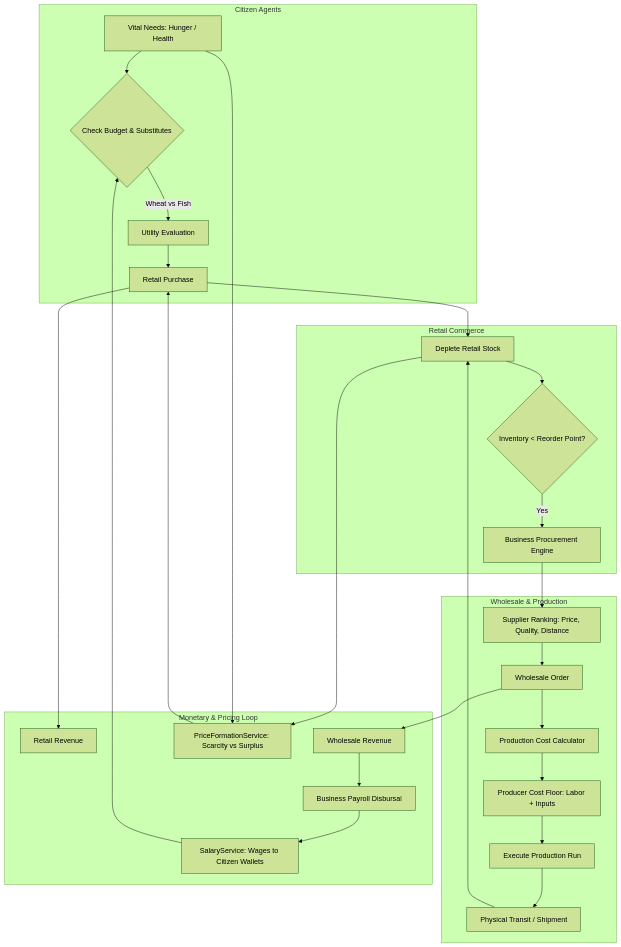
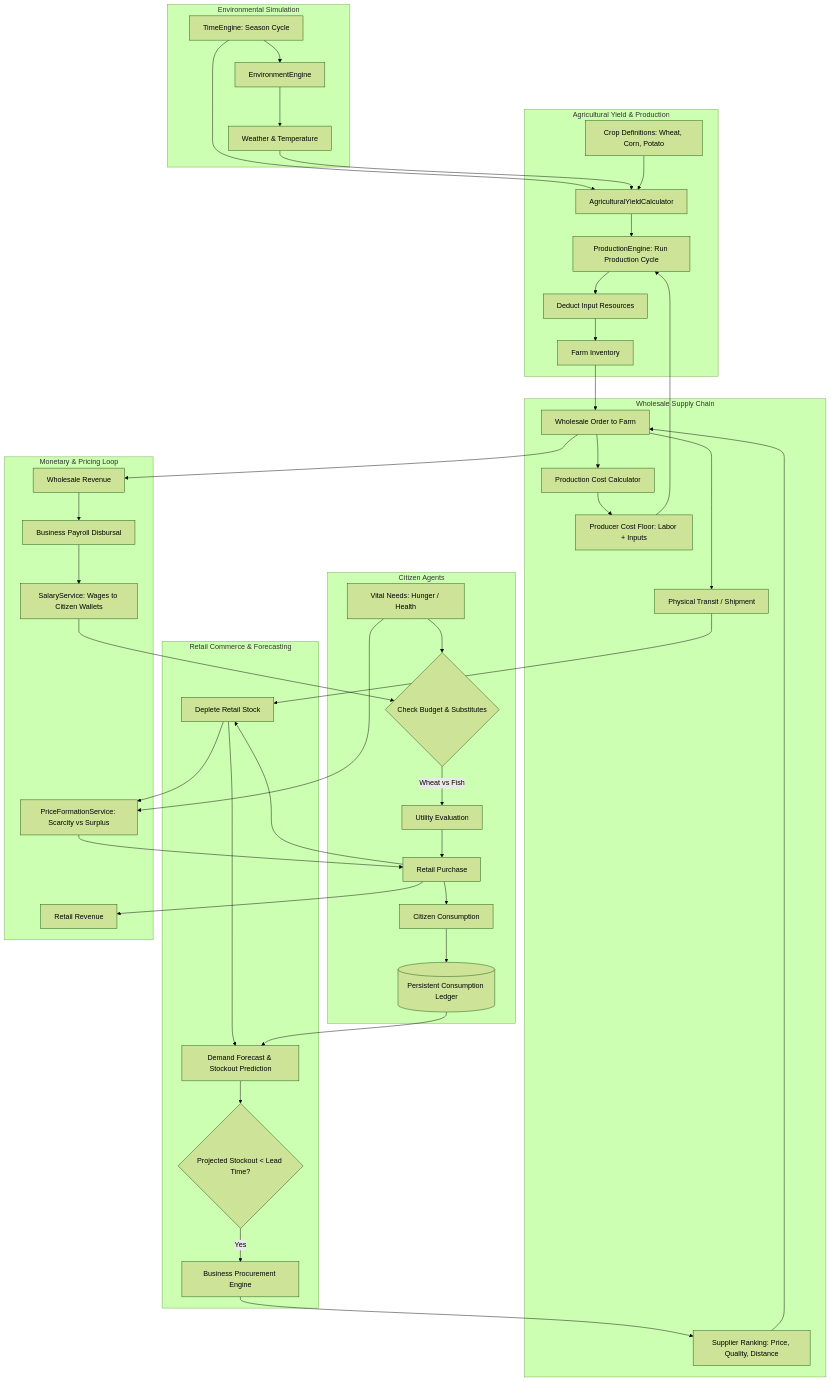
One commit to aayush-mistry/Genesis- changed diagram 22 of 22 in README.md. Above: the diagram before and after it, drawn with Mermaid (forest theme). The commit also changed other lines of this file, not shown here.

````diff
--- a/README.md
+++ b/README.md
@@ -886,34 +915,51 @@
 ```mermaid
 flowchart TD
+    subgraph Environment [Environmental Simulation]
+        Time[TimeEngine: Season Cycle] --> EnvEngine[EnvironmentEngine]
+        EnvEngine --> Weather[Weather & Temperature]
+    end
+
+    subgraph Agriculture [Agricultural Yield & Production]
+        Time & Weather --> YieldCalc[AgriculturalYieldCalculator]
+        CropMeta[Crop Definitions: Wheat, Corn, Potato] --> YieldCalc
+        YieldCalc --> ProdRun[ProductionEngine: Run Production Cycle]
+        ProdRun --> ResDeduct[Deduct Input Resources]
+        ResDeduct --> FarmStock[Farm Inventory]
+    end
+
     subgraph Citizens [Citizen Agents]
         Needs[Vital Needs: Hunger / Health] --> SubCheck{Check Budget & Substitutes}
         SubCheck -->|Wheat vs Fish| Decision[Utility Evaluation]
         Decision --> Purchase[Retail Purchase]
+        Purchase --> Consume[Citizen Consumption]
+        Consume --> Ledger[(Persistent Consumption Ledger)]
     end
 
-    subgraph Retail [Retail Commerce]
+    subgraph Retail [Retail Commerce & Forecasting]
         Purchase --> StockDec[Deplete Retail Stock]
-        StockDec --> Reorder{Inventory < Reorder Point?}
+        StockDec & Ledger --> Forecast[Demand Forecast & Stockout Prediction]
+        Forecast --> Reorder{Projected Stockout < Lead Time?}
         Reorder -->|Yes| Procurement[Business Procurement Engine]
     end
 
-    subgraph Wholesale [Wholesale & Production]
+    subgraph Wholesale [Wholesale Supply Chain]
         Procurement --> Ranking[Supplier Ranking: Price, Quality, Distance]
-        Ranking --> PO[Wholesale Order]
+        Ranking --> PO[Wholesale Order to Farm]
+        FarmStock --> PO
         PO --> ProdCalc[Production Cost Calculator]
         ProdCalc --> Reservation[Producer Cost Floor: Labor + Inputs]
-        Reservation --> ProdRun[Execute Production Run]
-        ProdRun --> Ship[Physical Transit / Shipment]
+        Reservation --> ProdRun
+        PO --> Ship[Physical Transit / Shipment]
         Ship --> StockDec
     end
 
     subgraph Ledgers [Monetary & Pricing Loop]
         Purchase --> RetRev[Retail Revenue]
         PO --> WholesRev[Wholesale Revenue]
         WholesRev --> Payroll[Business Payroll Disbursal]
         Payroll --> Salary[SalaryService: Wages to Citizen Wallets]
         Salary --> SubCheck
         StockDec & Needs --> PriceFormation[PriceFormationService: Scarcity vs Surplus]
         PriceFormation --> Purchase
     end
 ```
````
